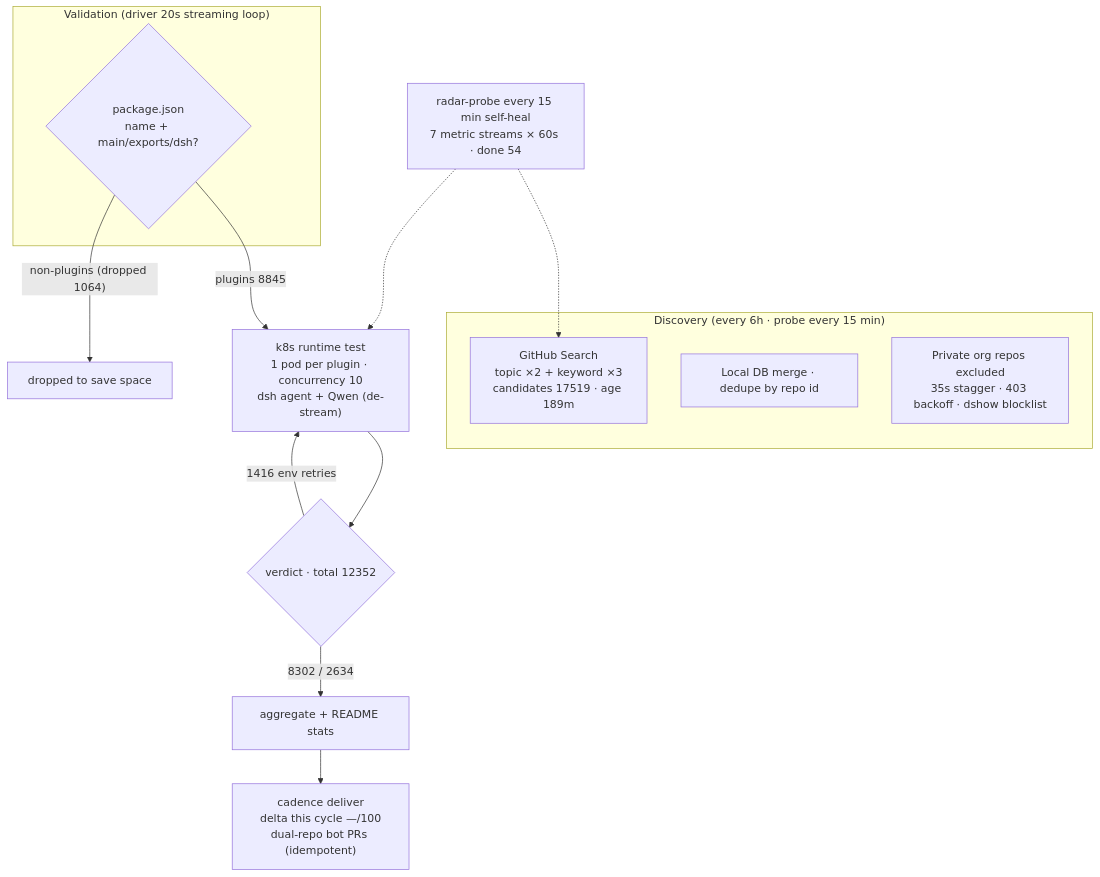
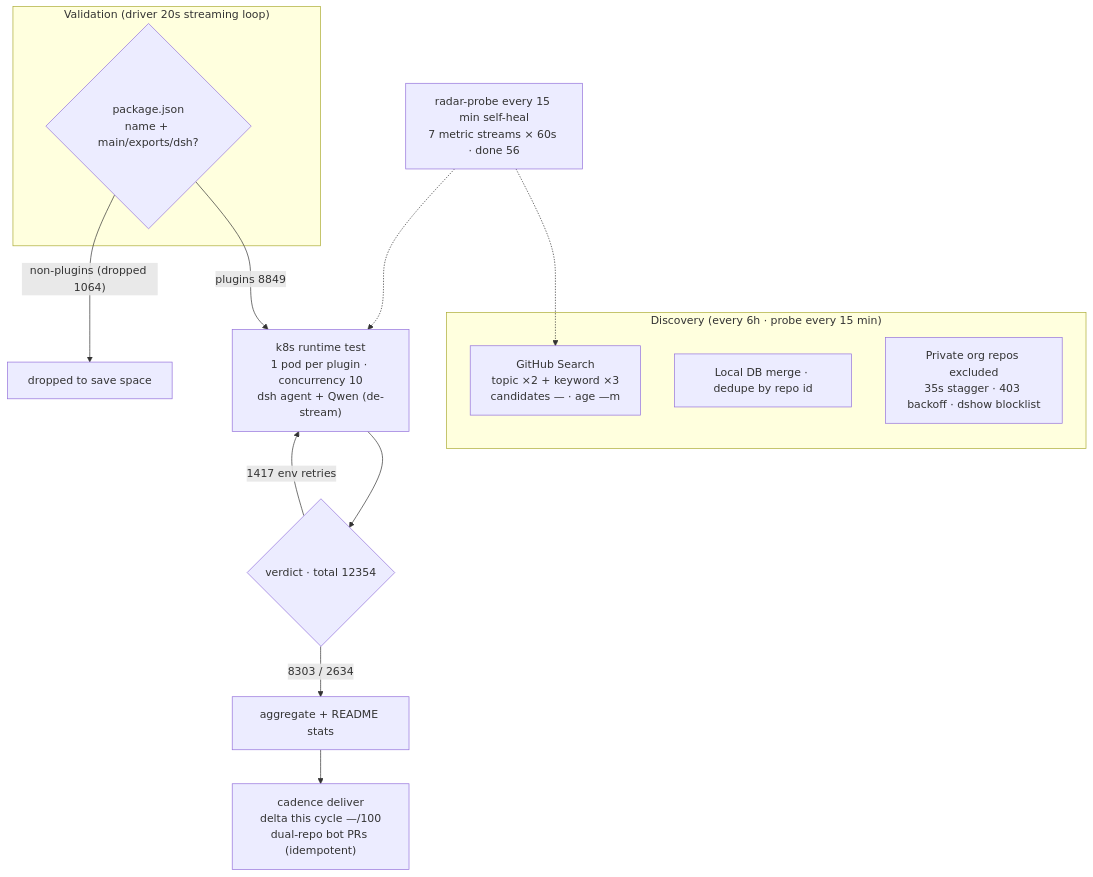
Before and after one commit to AdamPlatin123/awesome-dsh-plugins: the diagram in README.en-US.md, drawn with Mermaid. The commit also changed other lines of this file and 5 other files, not shown here.

````diff
--- a/README.en-US.md
+++ b/README.en-US.md
@@ -45,20 +45,20 @@
 ```mermaid
 flowchart TB
     subgraph Discovery["Discovery (every 6h · probe every 15 min)"]
-        A1["GitHub Search<br/>topic ×2 + keyword ×3<br/>candidates 17519 · age 189m"]
+        A1["GitHub Search<br/>topic ×2 + keyword ×3<br/>candidates — · age —m"]
         A2["Local DB merge · dedupe by repo id"]
         A3["Private org repos excluded<br/>35s stagger · 403 backoff · dshow blocklist"]
     end
     subgraph Validation["Validation (driver 20s streaming loop)"]
         B1{"package.json<br/>name + main/exports/dsh?"}
     end
-    B1 -->|"plugins 8845"| C1["k8s runtime test<br/>1 pod per plugin · concurrency 10<br/>dsh agent + Qwen (de-stream)"]
+    B1 -->|"plugins 8849"| C1["k8s runtime test<br/>1 pod per plugin · concurrency 10<br/>dsh agent + Qwen (de-stream)"]
     B1 -->|"non-plugins (dropped 1064)"| B3["dropped to save space"]
-    C1 --> D1{"verdict · total 12352"}
-    D1 -->|"8302 / 2634"| E1["aggregate + README stats"]
-    D1 -->|"1416 env retries"| C1
+    C1 --> D1{"verdict · total 12354"}
+    D1 -->|"8303 / 2634"| E1["aggregate + README stats"]
+    D1 -->|"1417 env retries"| C1
     E1 --> E2["cadence deliver<br/>delta this cycle —/100<br/>dual-repo bot PRs (idempotent)"]
-    M["radar-probe every 15 min self-heal<br/>7 metric streams × 60s · done 54"]
+    M["radar-probe every 15 min self-heal<br/>7 metric streams × 60s · done 56"]
     M -.-> A1
     M -.-> C1
 ```
````
